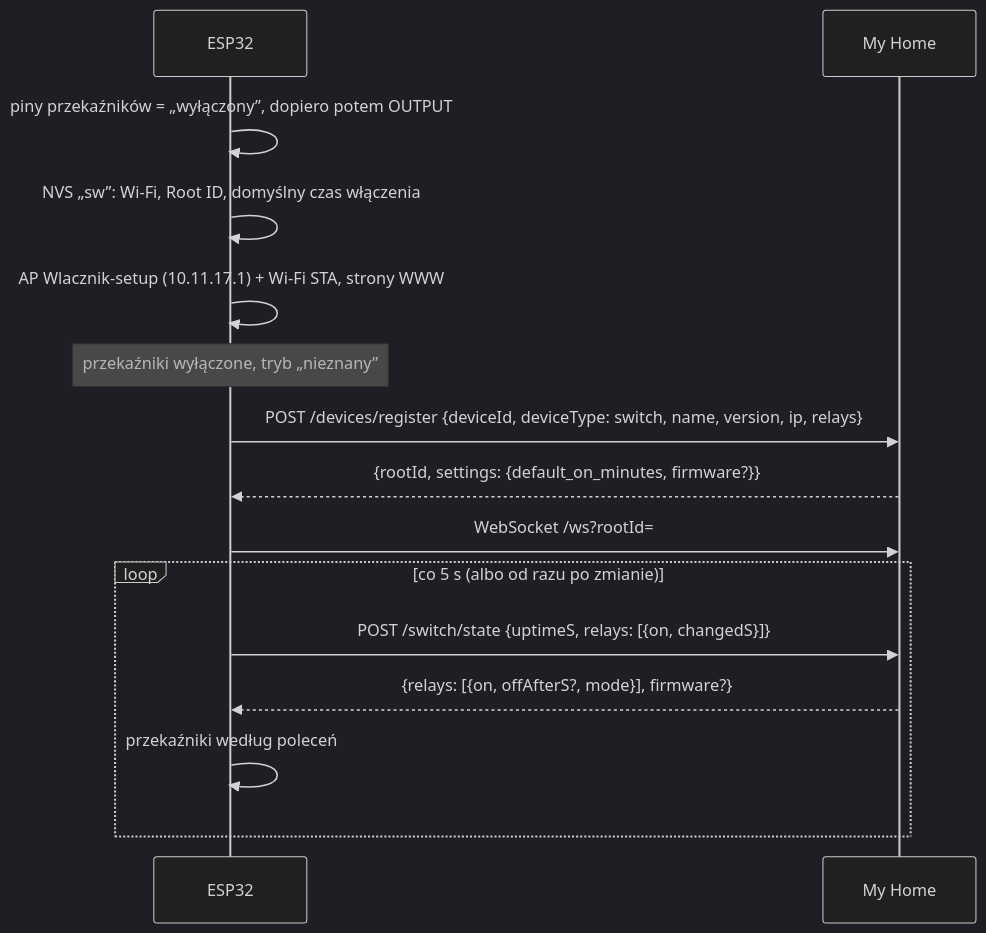
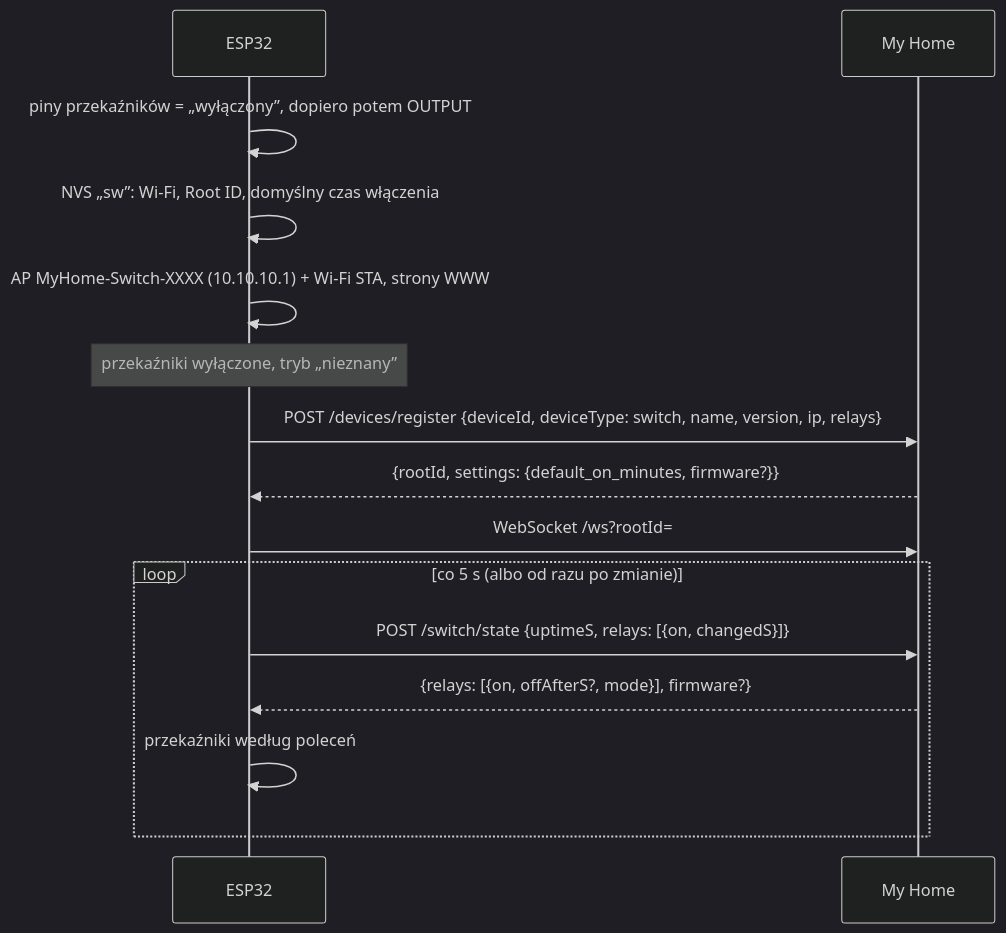
Before and after one commit to robertorlowski/chpc-web: the first of 4 diagrams in devices/switch/docs/2-zasada-dzialania.md, drawn with Mermaid (dark theme). The commit also changed other lines of this file and 25 other files, not shown here.

First line of the commit message:
Dokumentacja: punkty dostępowe sterowników MyHome-<rodzaj>-XXXX pod 10.10.10.1

````diff
--- a/devices/switch/docs/2-zasada-dzialania.md
+++ b/devices/switch/docs/2-zasada-dzialania.md
@@ -7,17 +7,17 @@
 ```mermaid
 sequenceDiagram
     participant E as ESP32
     participant S as My Home
     E->>E: piny przekaźników = „wyłączony”, dopiero potem OUTPUT
     E->>E: NVS „sw”: Wi-Fi, Root ID, domyślny czas włączenia
-    E->>E: AP Wlacznik-setup (10.11.17.1) + Wi-Fi STA, strony WWW
+    E->>E: AP MyHome-Switch-XXXX (10.10.10.1) + Wi-Fi STA, strony WWW
     Note over E: przekaźniki wyłączone, tryb „nieznany”
     E->>S: POST /devices/register {deviceId, deviceType: switch, name, version, ip, relays}
     S-->>E: {rootId, settings: {default_on_minutes, firmware?}}
     E->>S: WebSocket /ws?rootId=
     loop co 5 s (albo od razu po zmianie)
         E->>S: POST /switch/state {uptimeS, relays: [{on, changedS}]}
         S-->>E: {relays: [{on, offAfterS?, mode}], firmware?}
         E->>E: przekaźniki według poleceń
     end
 ```
````
